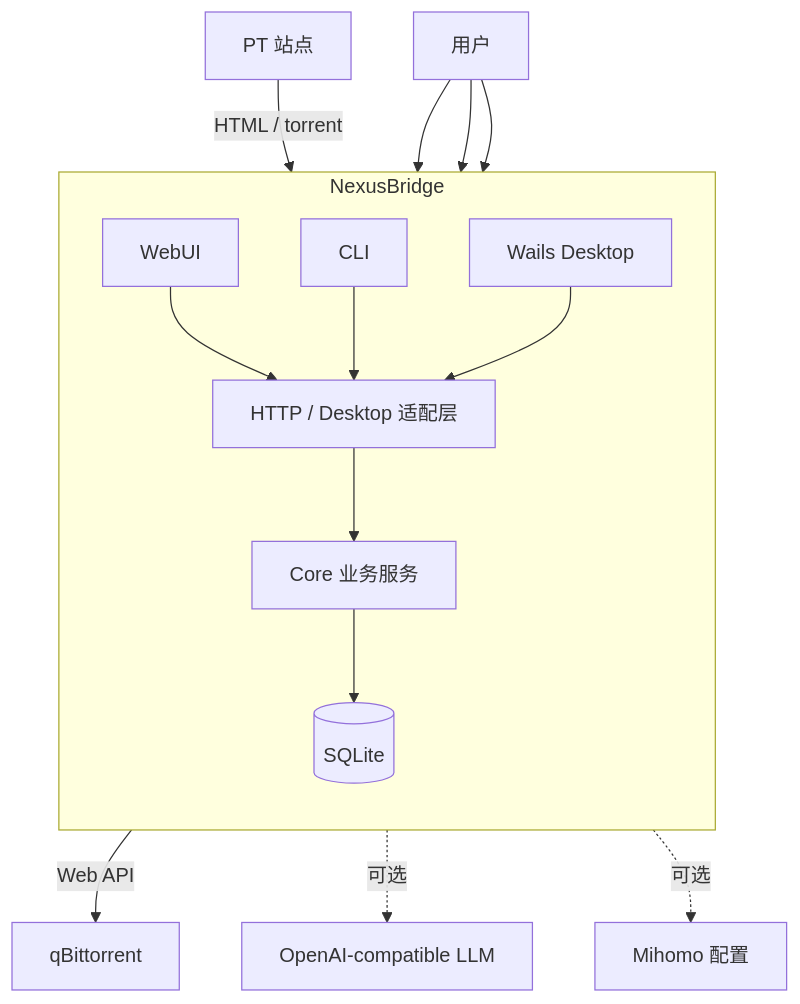
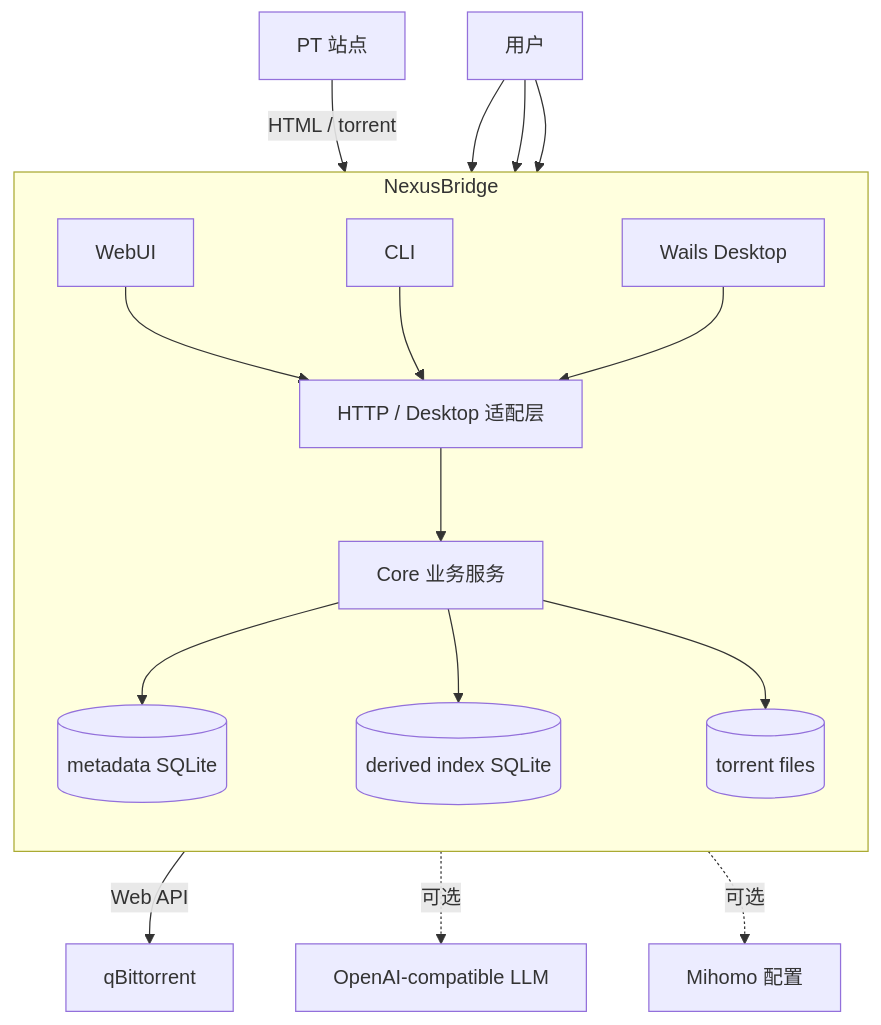
The first of 7 diagrams in docs/architecture.md (Huffer342-WSH/NexusBridge), drawn with Mermaid before and after one commit. The commit also changed other lines of this file and 49 other files, not shown here.

````diff
--- a/docs/architecture.md
+++ b/docs/architecture.md
@@ -9,28 +9,32 @@
 ```mermaid
 flowchart TB
     User[用户]
 
     subgraph NexusBridge[NexusBridge]
         direction TB
         UI[WebUI]
         CLI[CLI]
         Desktop[Wails Desktop]
         Adapter[HTTP / Desktop 适配层]
         Core[Core 业务服务]
-        DB[(SQLite)]
+        Metadata[(metadata SQLite)]
+        Index[(derived index SQLite)]
+        TorrentFiles[(torrent files)]
 
         UI --> Adapter
         CLI --> Adapter
         Desktop --> Adapter
         Adapter --> Core
-        Core --> DB
+        Core --> Metadata
+        Core --> Index
+        Core --> TorrentFiles
     end
 
     Sites[PT 站点] -->|HTML / torrent| Core
     Core -->|Web API| QB[qBittorrent]
     Core -.->|可选| LLM[OpenAI-compatible LLM]
     Core -.->|可选| Mihomo[Mihomo 配置]
     User --> UI
     User --> CLI
     User --> Desktop
 ```
````
